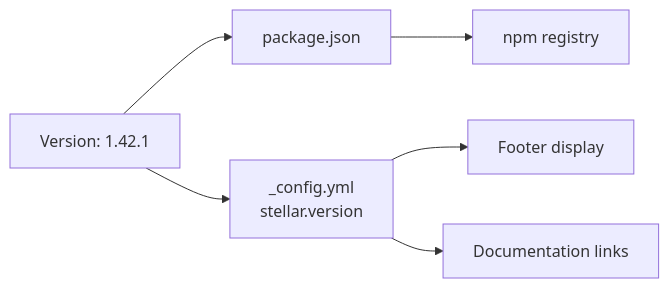
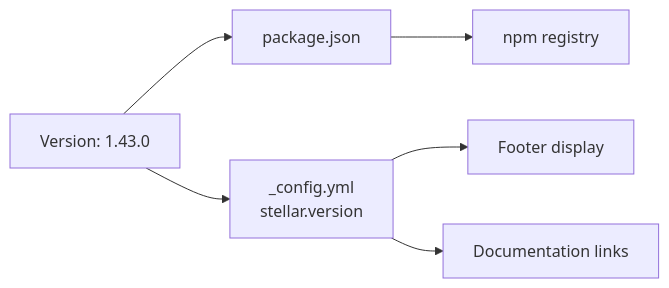
Before and after one commit to penndu/hexo: the fifth of 5 diagrams in themes/stellar/docs/knowledge/00-总览与安装配置/installation.md, drawn with Mermaid. The commit also changed other lines of this file and 104 other files, not shown here.

````diff
--- a/themes/stellar/docs/knowledge/00-总览与安装配置/installation.md
+++ b/themes/stellar/docs/knowledge/00-总览与安装配置/installation.md
@@ -373,14 +373,14 @@
 ```mermaid
 graph LR
-    VER["Version: 1.42.1"]
+    VER["Version: 1.43.0"]
     
     PKG["package.json"]
     CONFIG["_config.yml<br/>stellar.version"]
     
     VER --> PKG
     VER --> CONFIG
     
     PKG --> NPM["npm registry"]
     CONFIG --> FOOTER["Footer display"]
     CONFIG --> DOCS["Documentation links"]
 ```
````
